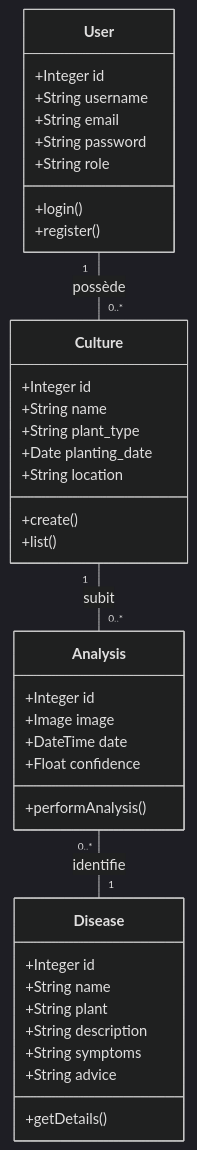
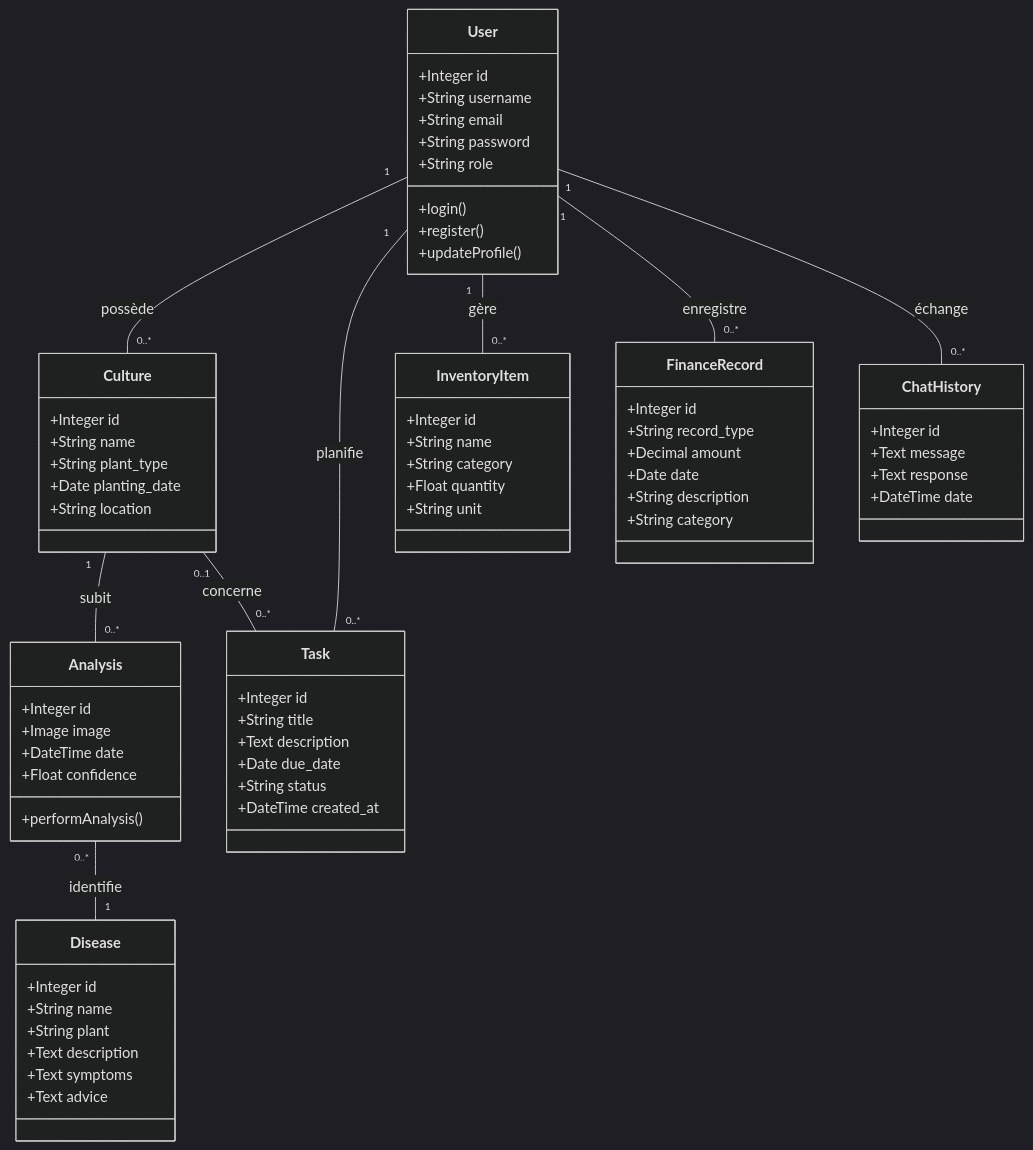
One commit to MessaiSaif/AgriVision changed the second of 4 diagrams in Documentation_UML_AgriVision.md. Above: the diagram before and after it, drawn with Mermaid (dark theme). The commit also changed other lines of this file and 13 other files, not shown here.

Commit message:
feat: implement smart workflows, profile settings, chat history persistence, stock editing, and update documentation

````diff
--- a/Documentation_UML_AgriVision.md
+++ b/Documentation_UML_AgriVision.md
@@ -63,44 +83,80 @@
 ```mermaid
 classDiagram
     class User {
         +Integer id
         +String username
         +String email
         +String password
         +String role
         +login()
         +register()
+        +updateProfile()
     }
-    
+
     class Culture {
         +Integer id
         +String name
         +String plant_type
         +Date planting_date
         +String location
-        +create()
-        +list()
     }
-    
+
     class Disease {
         +Integer id
         +String name
         +String plant
-        +String description
-        +String symptoms
-        +String advice
-        +getDetails()
+        +Text description
+        +Text symptoms
+        +Text advice
     }
-    
+
     class Analysis {
         +Integer id
         +Image image
         +DateTime date
         +Float confidence
         +performAnalysis()
     }
-    
+
+    class Task {
+        +Integer id
+        +String title
+        +Text description
+        +Date due_date
+        +String status
+        +DateTime created_at
+    }
+
+    class InventoryItem {
+        +Integer id
+        +String name
+        +String category
+        +Float quantity
+        +String unit
+    }
+
+    class FinanceRecord {
+        +Integer id
+        +String record_type
+        +Decimal amount
+        +Date date
+        +String description
+        +String category
+    }
+
+    class ChatHistory {
+        +Integer id
+        +Text message
+        +Text response
+        +DateTime date
+    }
+
     User "1" -- "0..*" Culture : possède
+    User "1" -- "0..*" Task : planifie
+    User "1" -- "0..*" InventoryItem : gère
+    User "1" -- "0..*" FinanceRecord : enregistre
+    User "1" -- "0..*" ChatHistory : échange
     Culture "1" -- "0..*" Analysis : subit
+    Culture "0..1" -- "0..*" Task : concerne
     Analysis "0..*" -- "1" Disease : identifie
 ```
````
